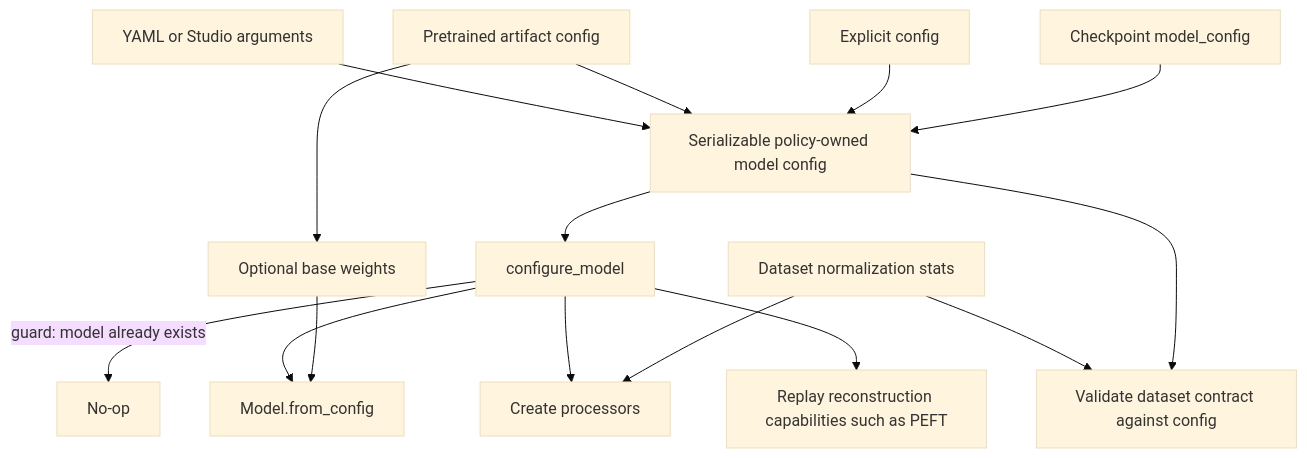
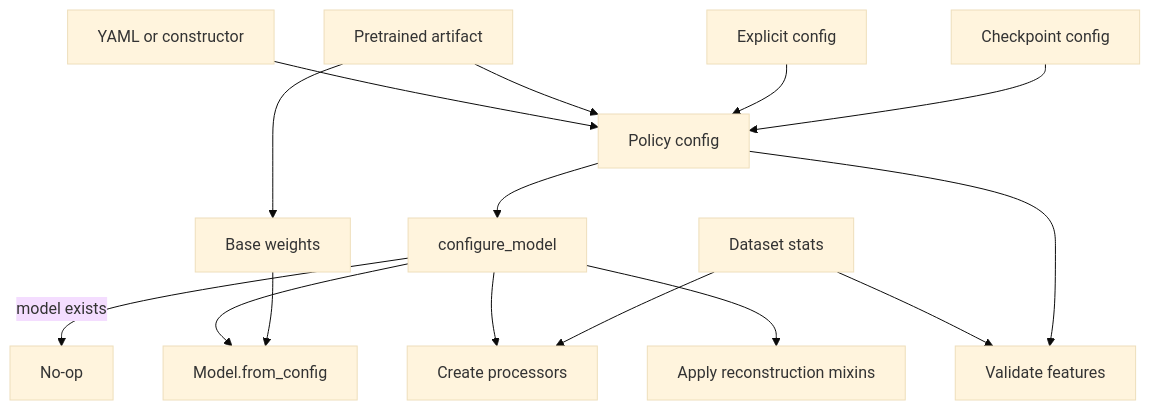
Before and after one commit to alfieroddan/physical-ai-studio: the third of 6 diagrams in library/docs/explanation/policy/current-policies.md, drawn with Mermaid (base theme). The commit also changed other lines of this file and 8 other files, not shown here.

````diff
--- a/library/docs/explanation/policy/current-policies.md
+++ b/library/docs/explanation/policy/current-policies.md
@@ -198,19 +140,17 @@
 ```mermaid
 flowchart TD
-    Y[YAML or Studio arguments] --> C[Serializable policy-owned model config]
-    A[Pretrained artifact config] --> C
+    Y[YAML or constructor] --> C[Policy config]
+    A[Pretrained artifact] --> C
     X[Explicit config] --> C
-    K[Checkpoint model_config] --> C
-
+    K[Checkpoint config] --> C
     C --> G[configure_model]
-    G -->|guard: model already exists| N[No-op]
+    G -->|model exists| N[No-op]
     G --> M[Model.from_config]
     G --> P[Create processors]
-    A --> W[Optional base weights]
+    A --> W[Base weights]
     W --> M
-    G --> MX[Replay reconstruction capabilities such as PEFT]
-
-    D[Dataset normalization stats] --> P
-    D --> V[Validate dataset contract against config]
+    G --> MX[Apply reconstruction mixins]
+    D[Dataset stats] --> P
+    D --> V[Validate features]
     C --> V
 ```
````
